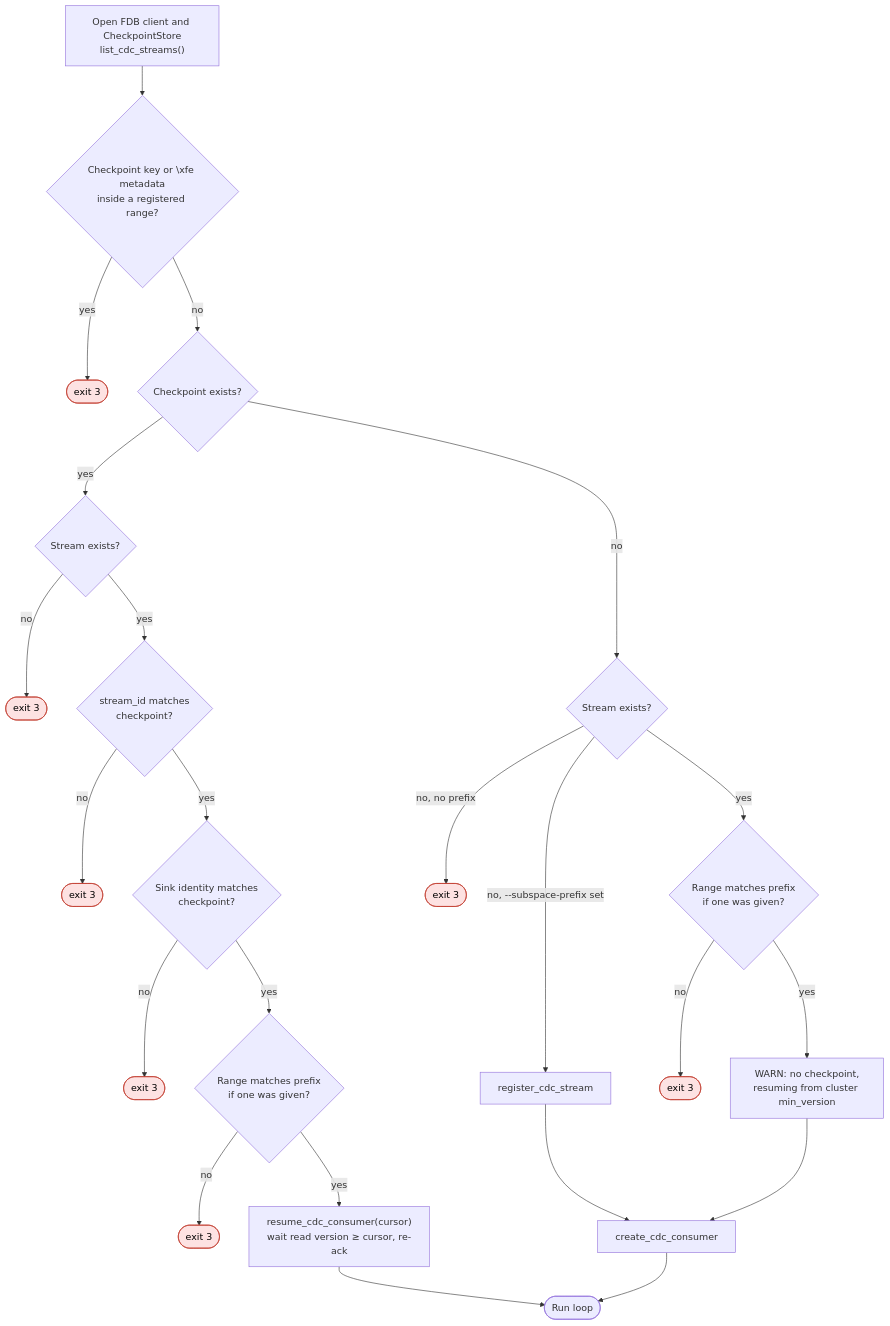
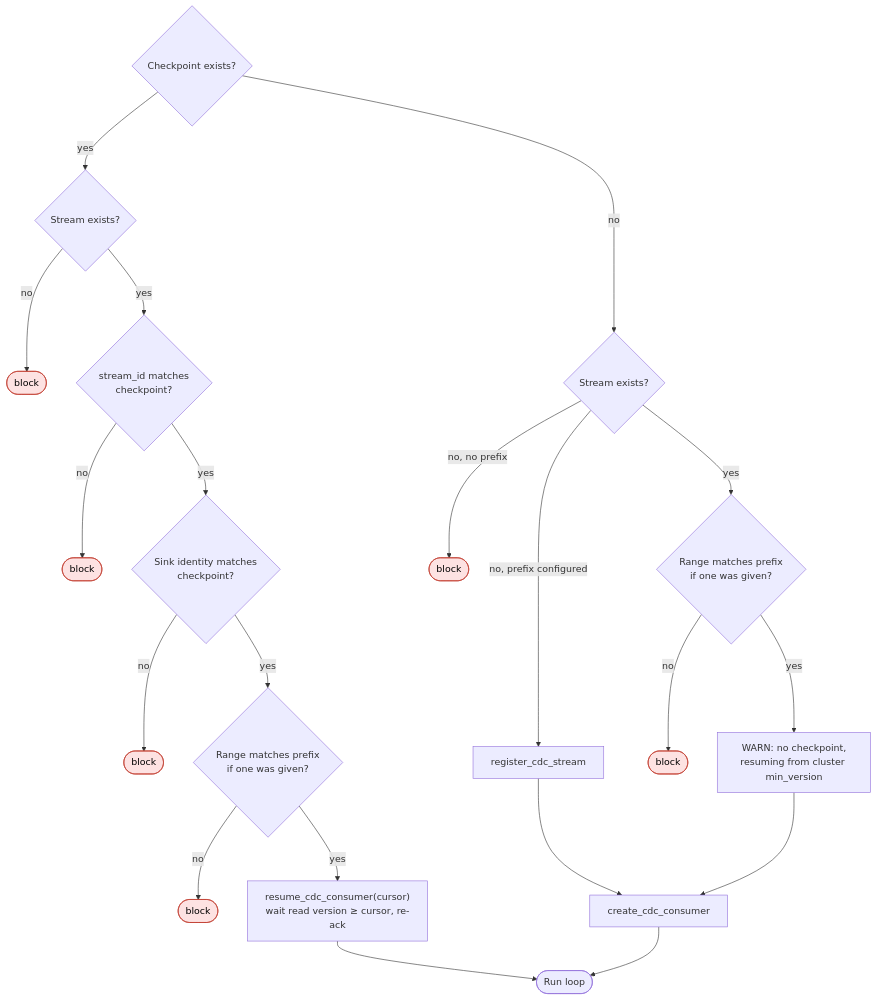
The second of 3 diagrams in docs/CHECKPOINT-SPEC.md (Ronitsabhaya75/Kafka-FDB-Streamline), drawn with Mermaid before and after one commit. The commit also changed other lines of this file and 1 other file, not shown here.

Commit message:
refactor spec to use FDB supervisor

````diff
--- a/docs/CHECKPOINT-SPEC.md
+++ b/docs/CHECKPOINT-SPEC.md
@@ -119,31 +217,29 @@
 ```mermaid
 flowchart TD
-    OPEN["Open FDB client and CheckpointStore<br/>list_cdc_streams()"] --> OVL{"Checkpoint key or \xfe metadata<br/>inside a registered range?"}
-    OVL -- yes --> E1(["exit 3"])
-    OVL -- no --> HAS{"Checkpoint exists?"}
+    HAS{"Checkpoint exists?"}
 
     HAS -- yes --> CEX{"Stream exists?"}
-    CEX -- no --> E2(["exit 3"])
+    CEX -- no --> B2(["block"])
     CEX -- yes --> SID{"stream_id matches<br/>checkpoint?"}
-    SID -- no --> E3(["exit 3"])
+    SID -- no --> B3(["block"])
     SID -- yes --> SNK{"Sink identity matches<br/>checkpoint?"}
-    SNK -- no --> E7(["exit 3"])
+    SNK -- no --> B7(["block"])
     SNK -- yes --> RNG2{"Range matches prefix<br/>if one was given?"}
-    RNG2 -- no --> E4(["exit 3"])
+    RNG2 -- no --> B4(["block"])
     RNG2 -- yes --> RES["resume_cdc_consumer(cursor)<br/>wait read version ≥ cursor, re-ack"]
 
     HAS -- no --> SEX{"Stream exists?"}
-    SEX -- "no, no prefix" --> E5(["exit 3"])
-    SEX -- "no, --subspace-prefix set" --> REG["register_cdc_stream"]
+    SEX -- "no, no prefix" --> B5(["block"])
+    SEX -- "no, prefix configured" --> REG["register_cdc_stream"]
     SEX -- yes --> RNG1{"Range matches prefix<br/>if one was given?"}
-    RNG1 -- no --> E6(["exit 3"])
+    RNG1 -- no --> B6(["block"])
     RNG1 -- yes --> WARN["WARN: no checkpoint,<br/>resuming from cluster min_version"]
     REG --> FRESH["create_cdc_consumer"]
     WARN --> FRESH
 
     RES --> LOOP(["Run loop"])
     FRESH --> LOOP
 
     classDef fatal fill:#fde2e2,stroke:#c0392b,color:#000
-    class E1,E2,E3,E4,E5,E6,E7 fatal
+    class B2,B3,B4,B5,B6,B7 fatal
 ```
````
